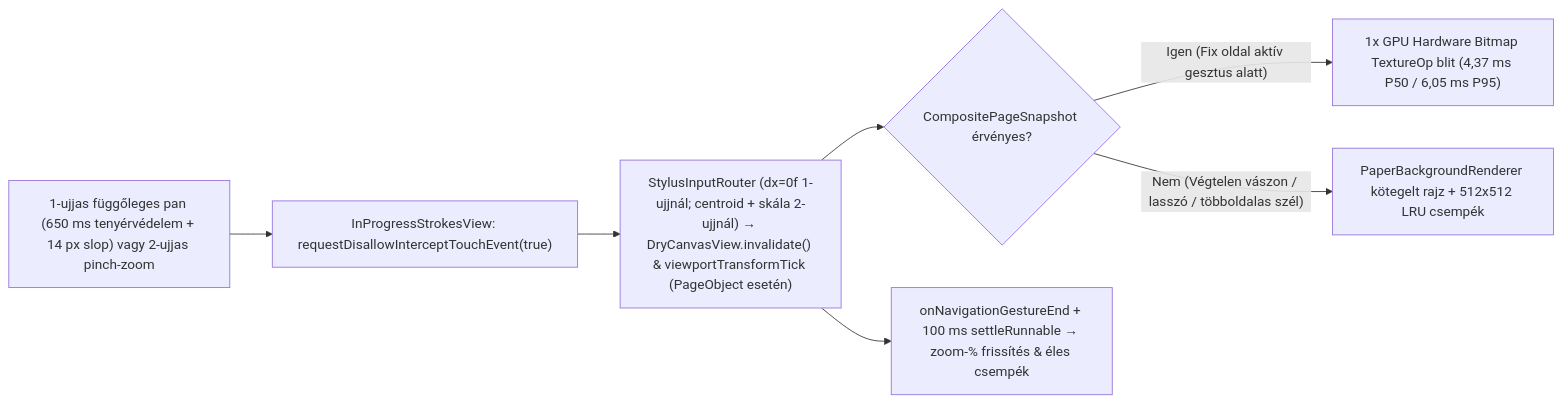
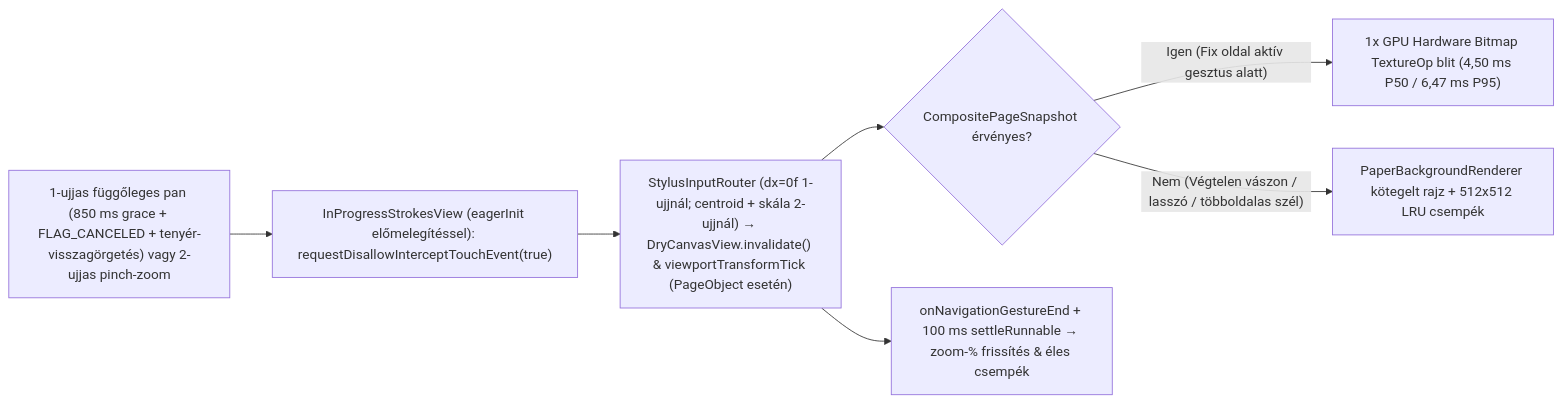
One commit to Fruktoz0/Stylusnote changed the fourth of 7 diagrams in docs/user_journeys.md. Above: the diagram before and after it, drawn with Mermaid. The commit also changed other lines of this file and 27 other files, not shown here.

Commit message:
Alkalmazás ikon beállitva, AI fix, tenyér fix, uj oldal létrehozása fix

````diff
--- a/docs/user_journeys.md
+++ b/docs/user_journeys.md
@@ -77,9 +78,9 @@
 ```mermaid
 flowchart LR
-    A["1-ujjas függőleges pan (650 ms tenyérvédelem + 14 px slop) vagy 2-ujjas pinch-zoom"] --> B["InProgressStrokesView: requestDisallowInterceptTouchEvent(true)"]
+    A["1-ujjas függőleges pan (850 ms grace + FLAG_CANCELED + tenyér-visszagörgetés) vagy 2-ujjas pinch-zoom"] --> B["InProgressStrokesView (eagerInit előmelegítéssel): requestDisallowInterceptTouchEvent(true)"]
     B --> C["StylusInputRouter (dx=0f 1-ujjnál; centroid + skála 2-ujjnál) → DryCanvasView.invalidate() & viewportTransformTick (PageObject esetén)"]
     C --> E{"CompositePageSnapshot érvényes?"}
-    E -- Igen (Fix oldal aktív gesztus alatt) --> F["1x GPU Hardware Bitmap TextureOp blit (4,37 ms P50 / 6,05 ms P95)"]
+    E -- Igen (Fix oldal aktív gesztus alatt) --> F["1x GPU Hardware Bitmap TextureOp blit (4,50 ms P50 / 6,47 ms P95)"]
     E -- Nem (Végtelen vászon / lasszó / többoldalas szél) --> G["PaperBackgroundRenderer kötegelt rajz + 512x512 LRU csempék"]
     C --> H["onNavigationGestureEnd + 100 ms settleRunnable → zoom-% frissítés & éles csempék"]
 ```
````
